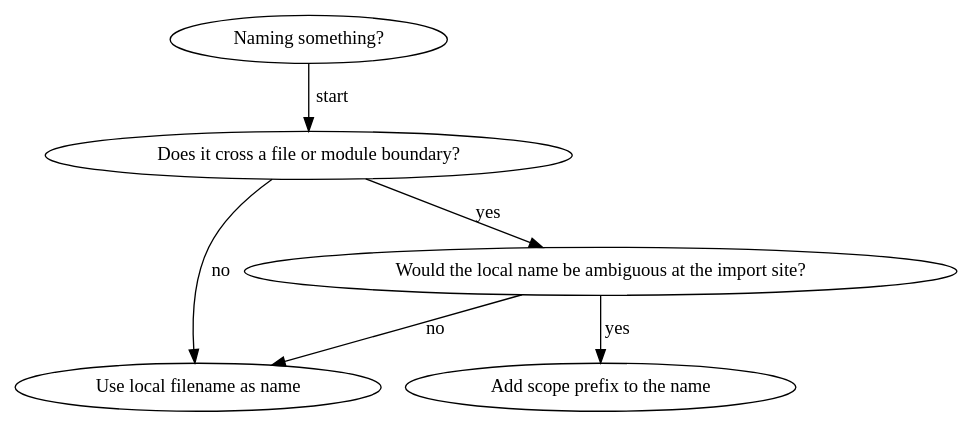
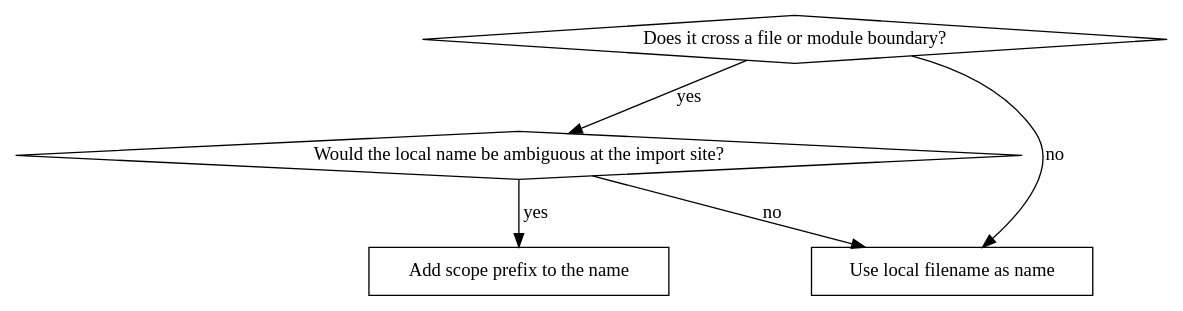
One commit to geril07/skills changed the diagram in skills/naming-conventions/SKILL.md. Above: the diagram before and after it, drawn with Graphviz.

````diff
--- a/skills/naming-conventions/SKILL.md
+++ b/skills/naming-conventions/SKILL.md
@@ -32,9 +32,13 @@
 ```dot
 digraph naming {
-  "Naming something?" -> "Does it cross a file or module boundary?" [label="start"];
+  "Does it cross a file or module boundary?" [shape=diamond];
+  "Would the local name be ambiguous at the import site?" [shape=diamond];
+  "Use local filename as name" [shape=box];
+  "Add scope prefix to the name" [shape=box];
+
   "Does it cross a file or module boundary?" -> "Use local filename as name" [label="no"];
   "Does it cross a file or module boundary?" -> "Would the local name be ambiguous at the import site?" [label="yes"];
   "Would the local name be ambiguous at the import site?" -> "Use local filename as name" [label="no"];
   "Would the local name be ambiguous at the import site?" -> "Add scope prefix to the name" [label="yes"];
 }
 ```
````
